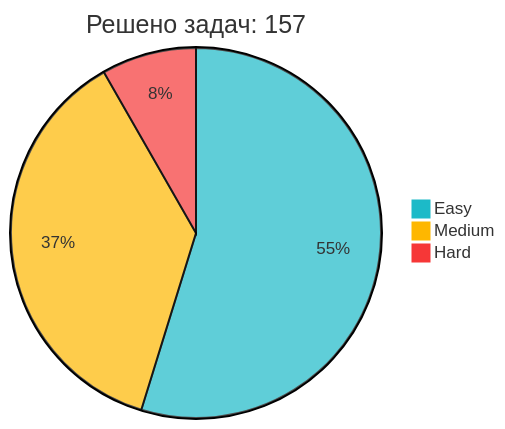
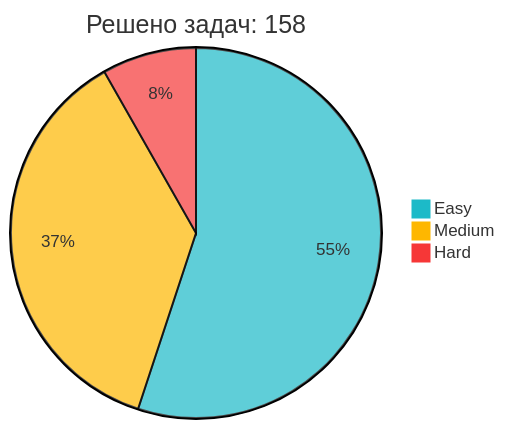
One commit to IliaKurdukov/IliaKurdukov changed the diagram in README.md. Above: the diagram before and after it, drawn with Mermaid. The commit also changed other lines of this file, not shown here.

````diff
--- a/README.md
+++ b/README.md
@@ -51,7 +51,7 @@
 ```mermaid
 %%{init: {'theme': 'base', 'themeVariables': { 'pie1': '#1CBAC8', 'pie2': '#FEB700', 'pie3': '#F63737' }, 'config': {'width': 300, 'height': 200}}}%%
-pie title Решено задач: 157
-   "Easy" : 86
+pie title Решено задач: 158
+   "Easy" : 87
    "Medium" : 58
    "Hard" : 13
 ```
````
